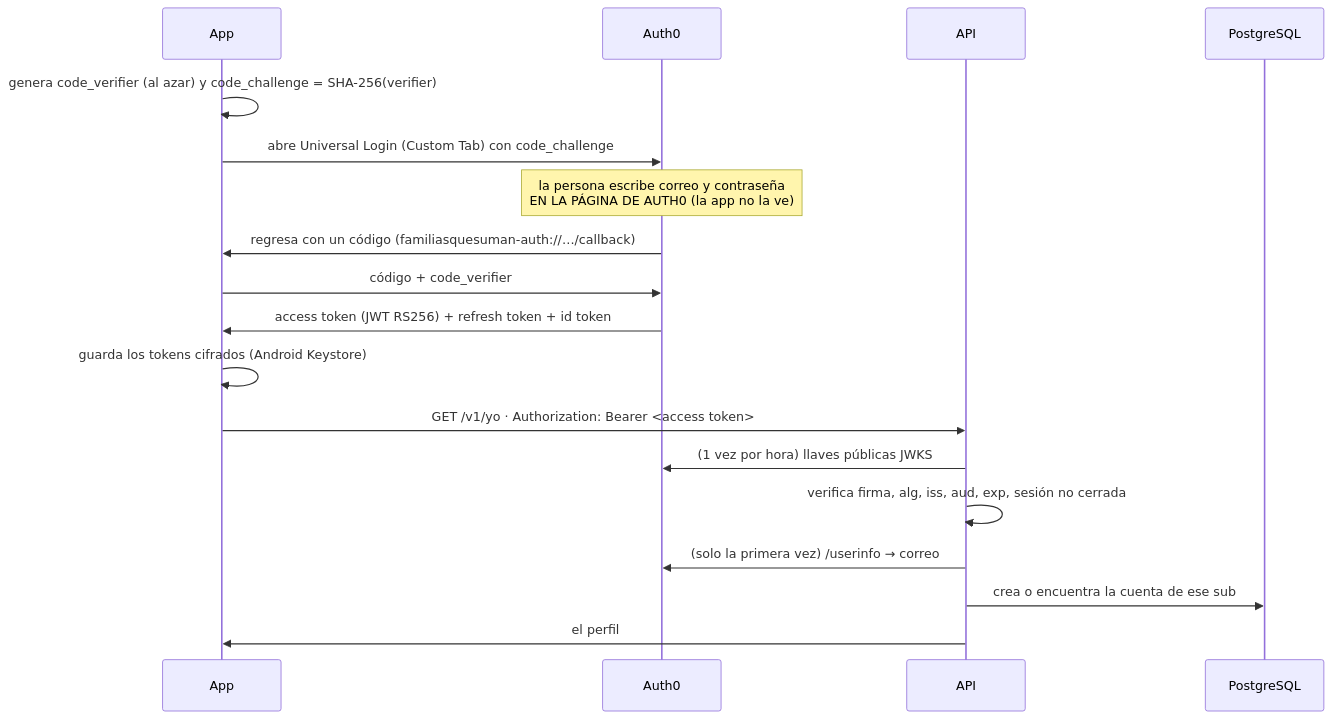
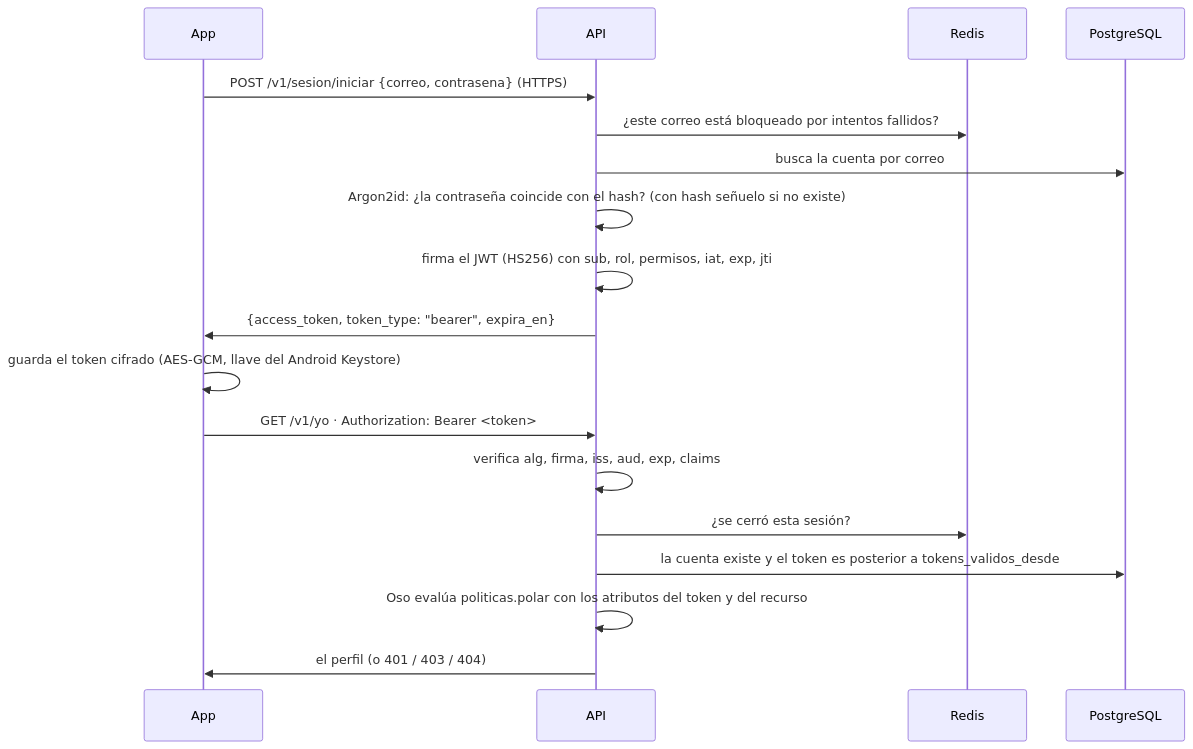
Before and after one commit to albertolopezb/familias-que-suman: the second of 2 diagrams in docs/guia-backend.md, drawn with Mermaid. The commit also changed other lines of this file and 2 other files, not shown here.

Commit message:
Guía del backend con JWT, Argon2id y políticas en Polar

````diff
--- a/docs/guia-backend.md
+++ b/docs/guia-backend.md
@@ -269,20 +275,20 @@
 ```mermaid
 sequenceDiagram
     participant App
-    participant Auth0
     participant API
+    participant Redis
     participant DB as PostgreSQL
-    App->>App: genera code_verifier (al azar) y code_challenge = SHA-256(verifier)
-    App->>Auth0: abre Universal Login (Custom Tab) con code_challenge
-    Note over Auth0: la persona escribe correo y contraseña<br/>EN LA PÁGINA DE AUTH0 (la app no la ve)
-    Auth0->>App: regresa con un código (familiasquesuman-auth://…/callback)
-    App->>Auth0: código + code_verifier
-    Auth0->>App: access token (JWT RS256) + refresh token + id token
-    App->>App: guarda los tokens cifrados (Android Keystore)
-    App->>API: GET /v1/yo · Authorization: Bearer <access token>
-    API->>Auth0: (1 vez por hora) llaves públicas JWKS
-    API->>API: verifica firma, alg, iss, aud, exp, sesión no cerrada
-    API->>Auth0: (solo la primera vez) /userinfo → correo
-    API->>DB: crea o encuentra la cuenta de ese sub
-    API->>App: el perfil
+    App->>API: POST /v1/sesion/iniciar {correo, contrasena} (HTTPS)
+    API->>Redis: ¿este correo está bloqueado por intentos fallidos?
+    API->>DB: busca la cuenta por correo
+    API->>API: Argon2id: ¿la contraseña coincide con el hash? (con hash señuelo si no existe)
+    API->>API: firma el JWT (HS256) con sub, rol, permisos, iat, exp, jti
+    API->>App: {access_token, token_type: "bearer", expira_en}
+    App->>App: guarda el token cifrado (AES-GCM, llave del Android Keystore)
+    App->>API: GET /v1/yo · Authorization: Bearer <token>
+    API->>API: verifica alg, firma, iss, aud, exp, claims
+    API->>Redis: ¿se cerró esta sesión?
+    API->>DB: la cuenta existe y el token es posterior a tokens_validos_desde
+    API->>API: Oso evalúa politicas.polar con los atributos del token y del recurso
+    API->>App: el perfil (o 401 / 403 / 404)
 ```
````
